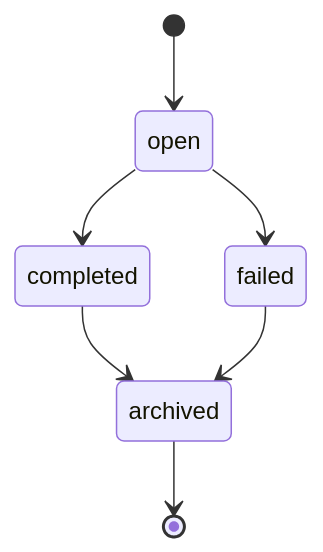
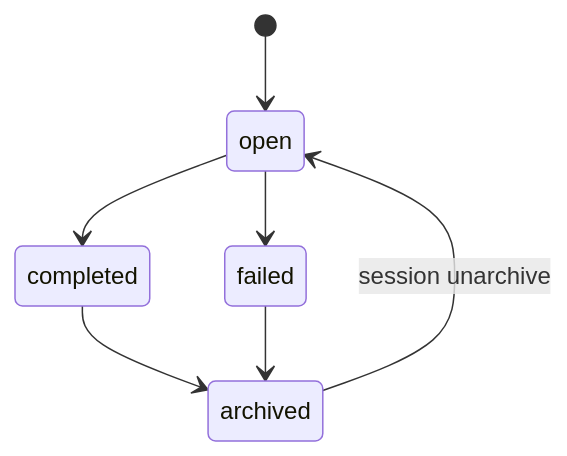
Before and after one commit to KatouRyuuji/maestro-flow: the fifth of 7 diagrams in docs/session-run-v3-reference-design.md, drawn with Mermaid. The commit also changed other lines of this file and 2 other files, not shown here.

First line of the commit message:
fix(flow): multi-generation legacy migration — historical Runs migrate read-only

````diff
--- a/docs/session-run-v3-reference-design.md
+++ b/docs/session-run-v3-reference-design.md
@@ -286,9 +286,9 @@
 ```mermaid
 stateDiagram-v2
     [*] --> open
     open --> completed
     open --> failed
     completed --> archived
     failed --> archived
-    archived --> [*]
+    archived --> open: session unarchive
 ```
````
